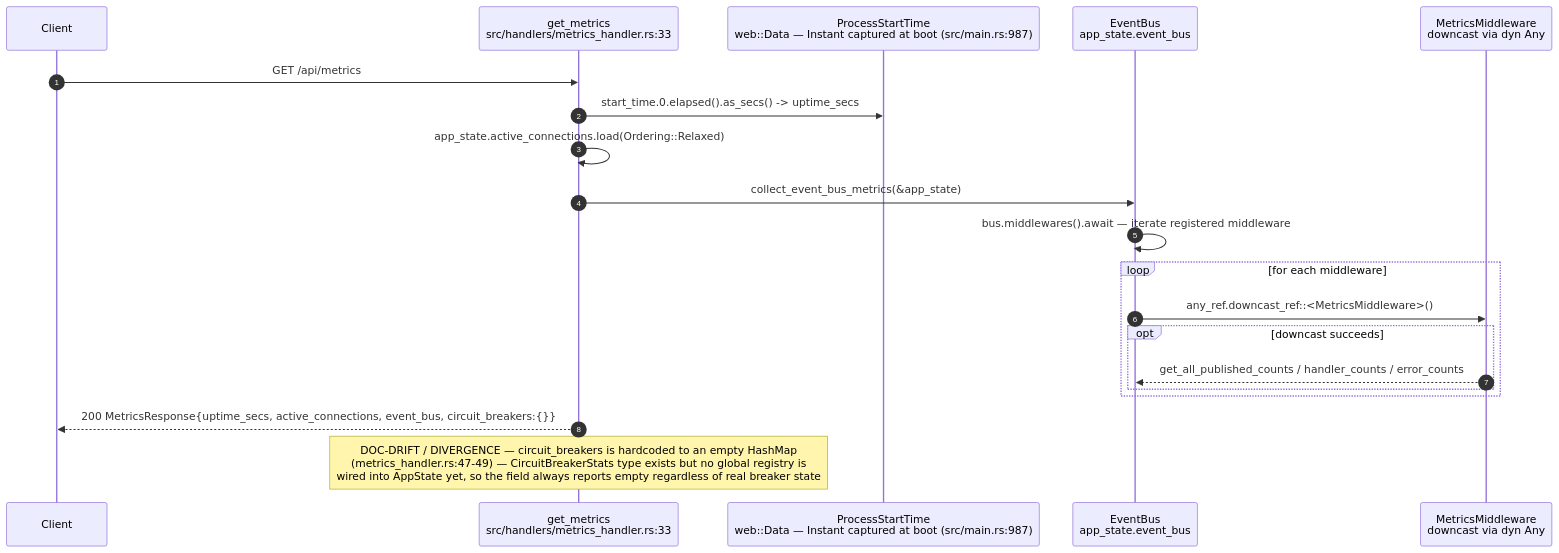
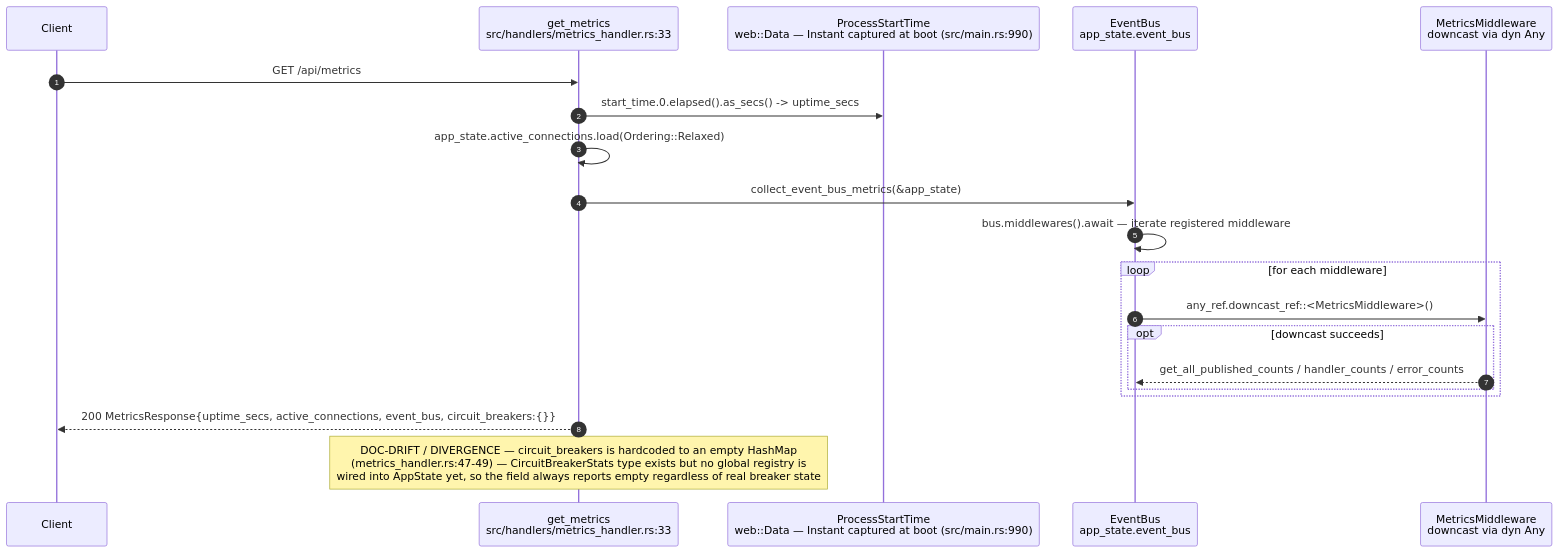
Diagram 15 of 29 in docs/diagrams/visionclaw/04-handlers-graph-and-state.md (DreamLab-AI/AR-AI-Knowledge-Graph), drawn with Mermaid before and after one commit. The commit also changed other lines of this file and 73 other files, not shown here.

First line of the commit message:
docs(diagrams): re-verify all 71 topic files against HEAD; add --cite-check

````diff
--- a/docs/diagrams/visionclaw/04-handlers-graph-and-state.md
+++ b/docs/diagrams/visionclaw/04-handlers-graph-and-state.md
@@ -722,23 +722,23 @@
 ```mermaid
 sequenceDiagram
     autonumber
     participant C as Client
     participant GM as get_metrics<br/>src/handlers/metrics_handler.rs:33
-    participant PT as ProcessStartTime<br/>web::Data — Instant captured at boot (src/main.rs:987)
+    participant PT as ProcessStartTime<br/>web::Data — Instant captured at boot (src/main.rs:990)
     participant EB as EventBus<br/>app_state.event_bus
     participant MW as MetricsMiddleware<br/>downcast via dyn Any
 
     C->>GM: GET /api/metrics
     GM->>PT: start_time.0.elapsed().as_secs() -> uptime_secs
     GM->>GM: app_state.active_connections.load(Ordering::Relaxed)
     GM->>EB: collect_event_bus_metrics(&app_state)
     EB->>EB: bus.middlewares().await — iterate registered middleware
     loop for each middleware
         EB->>MW: any_ref.downcast_ref::<MetricsMiddleware>()
         opt downcast succeeds
             MW-->>EB: get_all_published_counts / handler_counts / error_counts
         end
     end
     GM-->>C: 200 MetricsResponse{uptime_secs, active_connections, event_bus, circuit_breakers:{}}
     Note over GM: DOC-DRIFT / DIVERGENCE — circuit_breakers is hardcoded to an empty HashMap<br/>(metrics_handler.rs:47-49) — CircuitBreakerStats type exists but no global registry is<br/>wired into AppState yet, so the field always reports empty regardless of real breaker state
 ```
````
